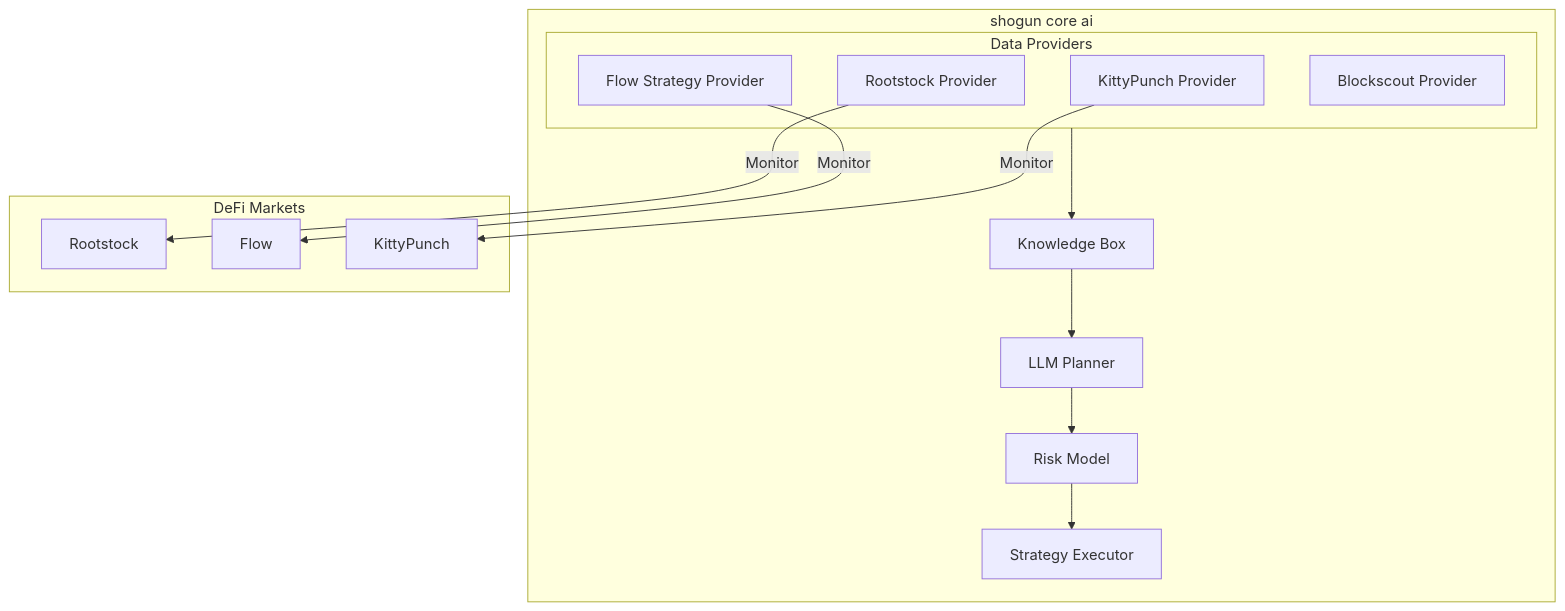
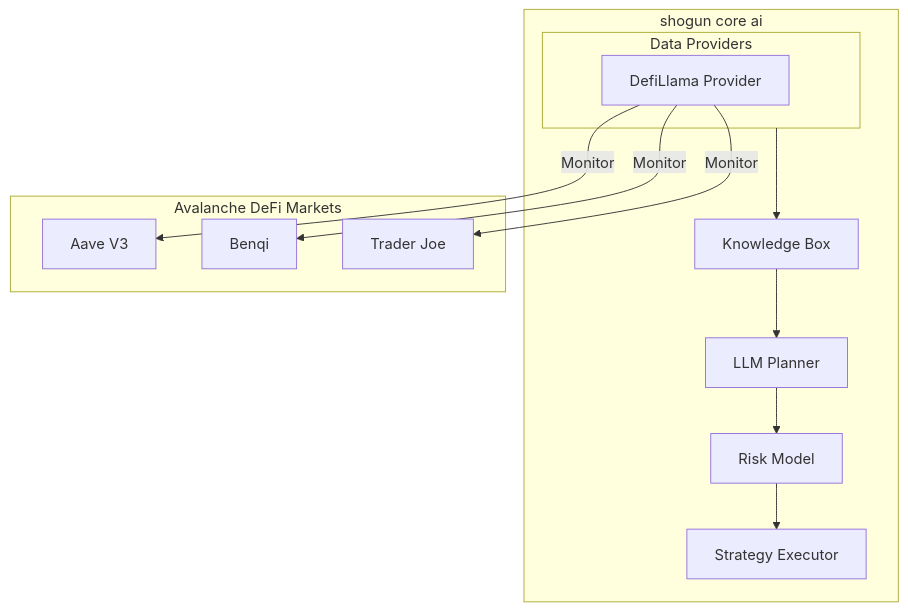
Before and after one commit to shogunprotocol/shogun-ai-core: the first of 6 diagrams in docs/SHOGUN_CORE_AI_ARCHITECTURE.md, drawn with Mermaid. The commit also changed other lines of this file and 7 other files, not shown here.

````diff
--- a/docs/SHOGUN_CORE_AI_ARCHITECTURE.md
+++ b/docs/SHOGUN_CORE_AI_ARCHITECTURE.md
@@ -5,27 +5,24 @@
 ```mermaid
 graph TB
     subgraph ShogunCoreAI["shogun core ai"]
         LLM[LLM Planner]
         Risk[Risk Model]
         KB[Knowledge Box]
         Exec[Strategy Executor]
         
         subgraph Providers["Data Providers"]
-            RS[Rootstock Provider]
-            FS[Flow Strategy Provider]
-            KP[KittyPunch Provider]
-            BS[Blockscout Provider]
+            DL[DefiLlama Provider]
         end
         
         LLM --> Risk
         Risk --> Exec
         KB --> LLM
         Providers --> KB
     end
     
-    subgraph Markets["DeFi Markets"]
-        RS --> |Monitor| Rootstock
-        FS --> |Monitor| Flow
-        KP --> |Monitor| KittyPunch
+    subgraph Markets["Avalanche DeFi Markets"]
+        DL --> |Monitor| AAVE[Aave V3]
+        DL --> |Monitor| BENQI[Benqi]
+        DL --> |Monitor| TJ[Trader Joe]
     end
 ```
````
